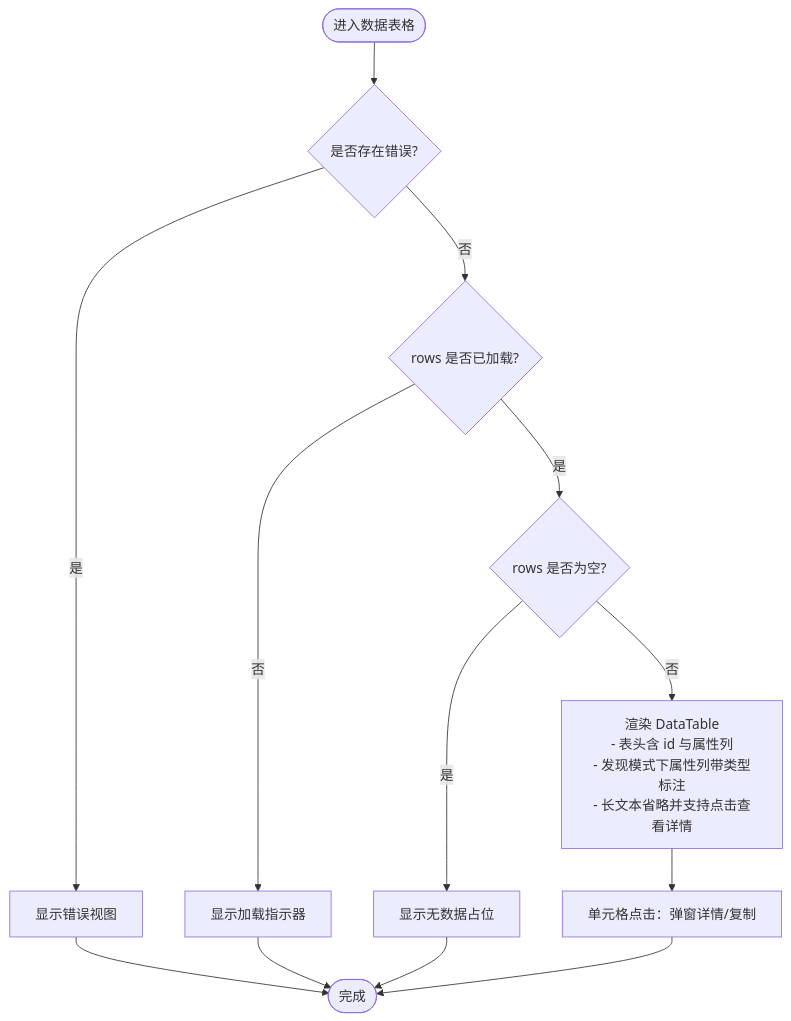
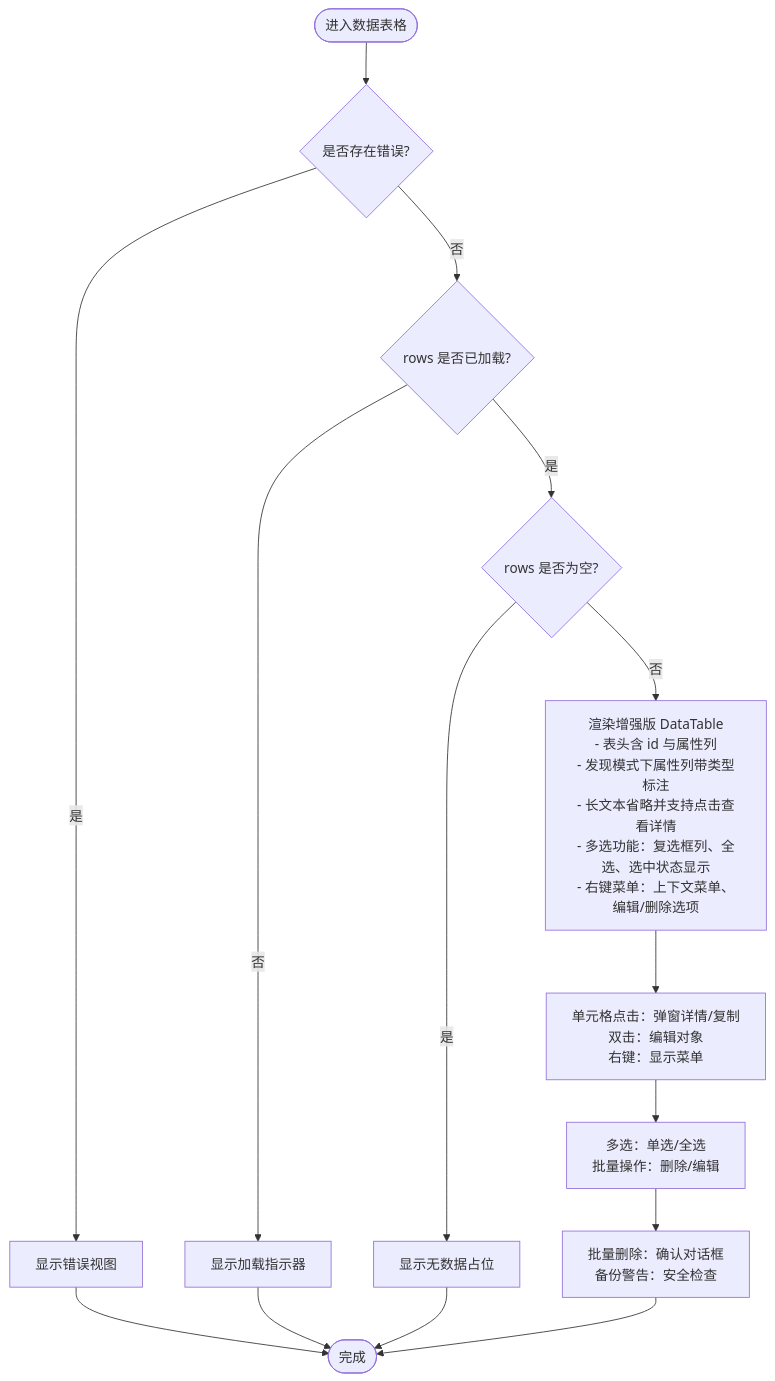
The third of 4 diagrams in .qoder/repowiki/zh/content/核心功能/数据展示.md (kongpf8848/objectbox_viewer), drawn with Mermaid before and after one commit. The commit also changed other lines of this file and 19 other files, not shown here.

````diff
--- a/.qoder/repowiki/zh/content/核心功能/数据展示.md
+++ b/.qoder/repowiki/zh/content/核心功能/数据展示.md
@@ -216,15 +238,17 @@
 ```mermaid
 flowchart TD
 Start(["进入数据表格"]) --> CheckError{"是否存在错误?"}
 CheckError --> |是| ShowError["显示错误视图"]
 CheckError --> |否| CheckRows{"rows 是否已加载?"}
 CheckRows --> |否| Loading["显示加载指示器"]
 CheckRows --> |是| RowsEmpty{"rows 是否为空?"}
 RowsEmpty --> |是| Empty["显示无数据占位"]
-RowsEmpty --> |否| Render["渲染 DataTable<br/>- 表头含 id 与属性列<br/>- 发现模式下属性列带类型标注<br/>- 长文本省略并支持点击查看详情"]
-Render --> Interact["单元格点击：弹窗详情/复制"]
-Interact --> End(["完成"])
+RowsEmpty --> |否| Render["渲染增强版 DataTable<br/>- 表头含 id 与属性列<br/>- 发现模式下属性列带类型标注<br/>- 长文本省略并支持点击查看详情<br/>- 多选功能：复选框列、全选、选中状态显示<br/>- 右键菜单：上下文菜单、编辑/删除选项"]
+Render --> Interact["单元格点击：弹窗详情/复制<br/>双击：编辑对象<br/>右键：显示菜单"]
+Interact --> MultiSelect["多选：单选/全选<br/>批量操作：删除/编辑"]
+MultiSelect --> BatchOps["批量删除：确认对话框<br/>备份警告：安全检查"]
+BatchOps --> End(["完成"])
 ShowError --> End
 Loading --> End
 Empty --> End
 ```
````
